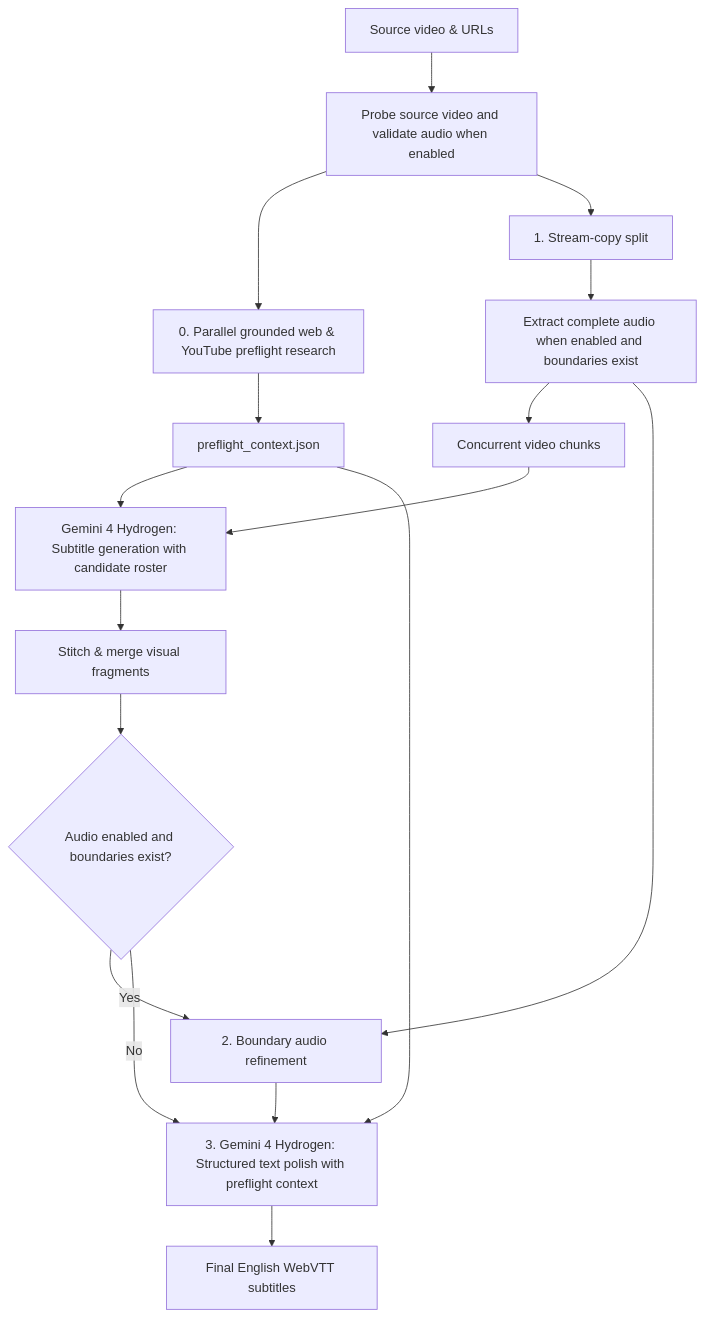
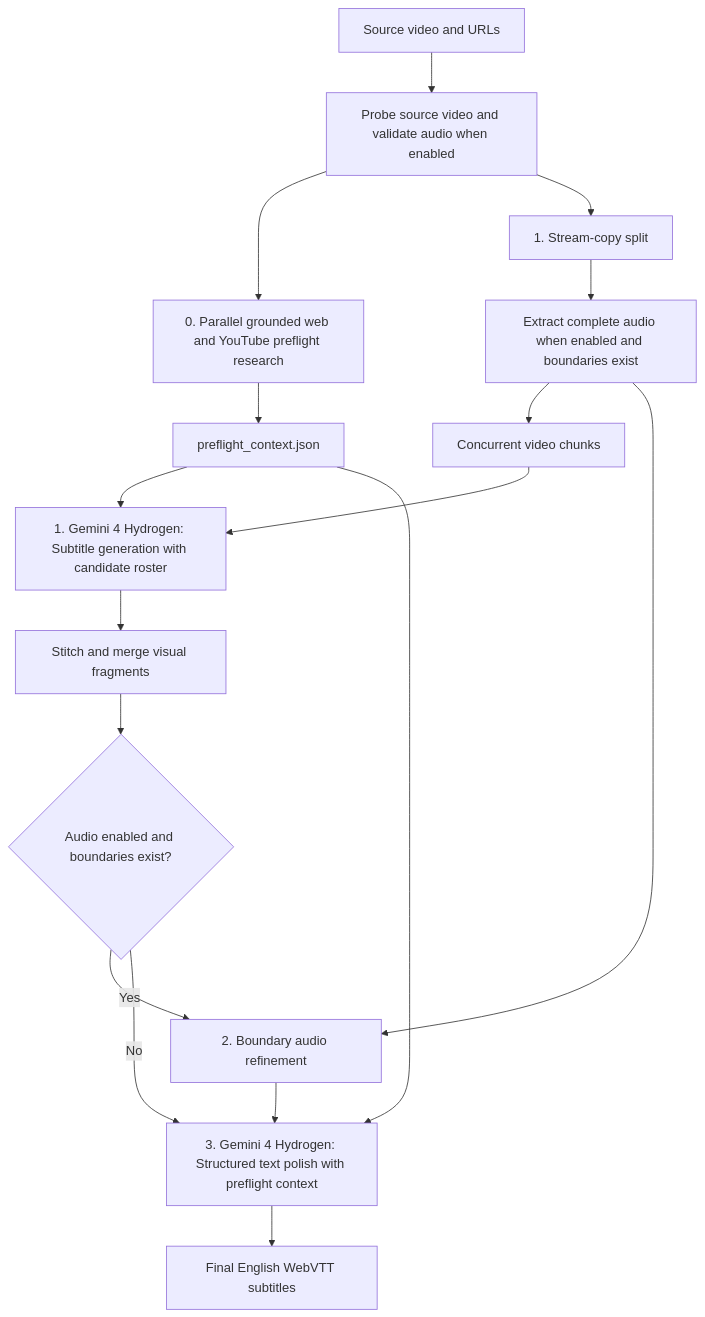
Before and after one commit to gotenksIN/video-subtitler: the diagram in README.md, drawn with Mermaid. The commit also changed other lines of this file and 2 other files, not shown here.

````diff
--- a/README.md
+++ b/README.md
@@ -12,21 +13,21 @@
 ```mermaid
 flowchart TD
-    Video[Source video & URLs] --> Validate[Probe source video and validate audio when enabled]
-    Validate --> Research[0. Parallel grounded web & YouTube preflight research]
+    Video[Source video and URLs] --> Validate[Probe source video and validate audio when enabled]
+    Validate --> Research[0. Parallel grounded web and YouTube preflight research]
     Research --> Context[preflight_context.json]
     Validate --> Split[1. Stream-copy split]
     Split --> Audio[Extract complete audio when enabled and boundaries exist]
     Audio --> Chunks[Concurrent video chunks]
-    Context --> FlashGen
-    Chunks --> FlashGen[Gemini 4 Hydrogen: Subtitle generation with candidate roster]
-    FlashGen --> Stitch[Stitch & merge visual fragments]
+    Context --> ChunkGen
+    Chunks --> ChunkGen[1. Gemini 4 Hydrogen: Subtitle generation with candidate roster]
+    ChunkGen --> Stitch[Stitch and merge visual fragments]
 
     Stitch --> Boundary{Audio enabled and boundaries exist?}
     Boundary -->|Yes| AudioPass[2. Boundary audio refinement]
     Audio --> AudioPass
 
-    AudioPass --> ProRefine[3. Gemini 4 Hydrogen: Structured text polish with preflight context]
-    Boundary -->|No| ProRefine
-    Context --> ProRefine
-    ProRefine --> Output[Final English WebVTT subtitles]
+    AudioPass --> TextRefine[3. Gemini 4 Hydrogen: Structured text polish with preflight context]
+    Boundary -->|No| TextRefine
+    Context --> TextRefine
+    TextRefine --> Output[Final English WebVTT subtitles]
 ```
````
